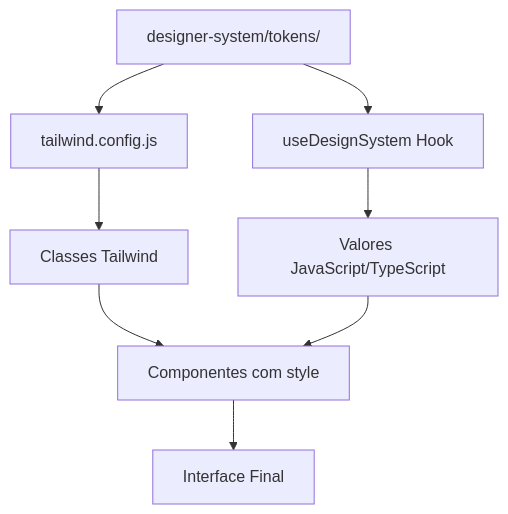
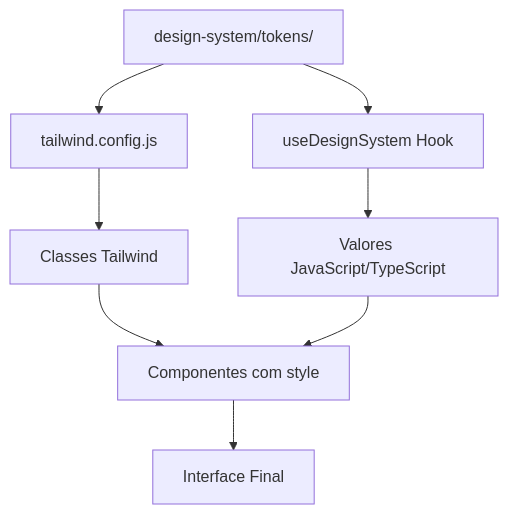
Before and after one commit to Aicrus/projeto-origem: the diagram in README.md, drawn with Mermaid. The commit also changed other lines of this file and 31 other files, not shown here.

Commit message:
Renomeia o diretório de 'designer-system' para 'design-system' e atualiza todos os caminhos de importação correspondentes. Adiciona novos arquivos de tokens para cores, espaçamentos, bordas, tipografia, efeitos e breakpoints no novo sistema de design, garantindo uma estrutura unificada e organizada.

````diff
--- a/README.md
+++ b/README.md
@@ -254,10 +254,10 @@
 ```mermaid
 graph TD
-    A[designer-system/tokens/] --> B[tailwind.config.js]
+    A[design-system/tokens/] --> B[tailwind.config.js]
     A --> C[useDesignSystem Hook]
     B --> D[Classes Tailwind]
     C --> E[Valores JavaScript/TypeScript]
     D --> F[Componentes com className]
     E --> F[Componentes com style]
     F --> G[Interface Final]
 ```
````
